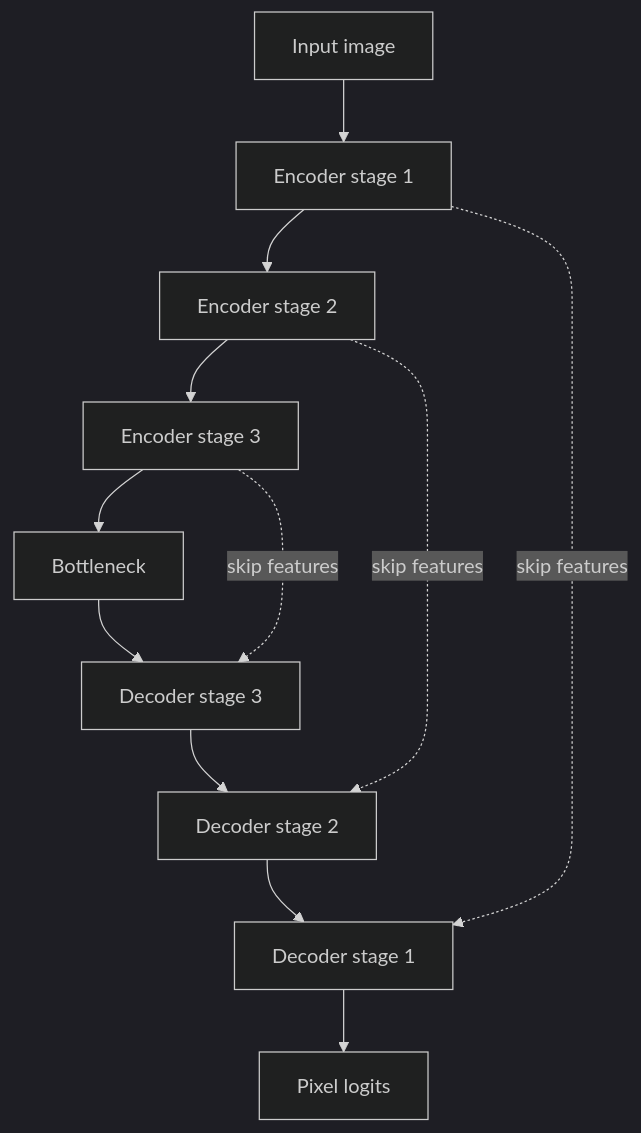
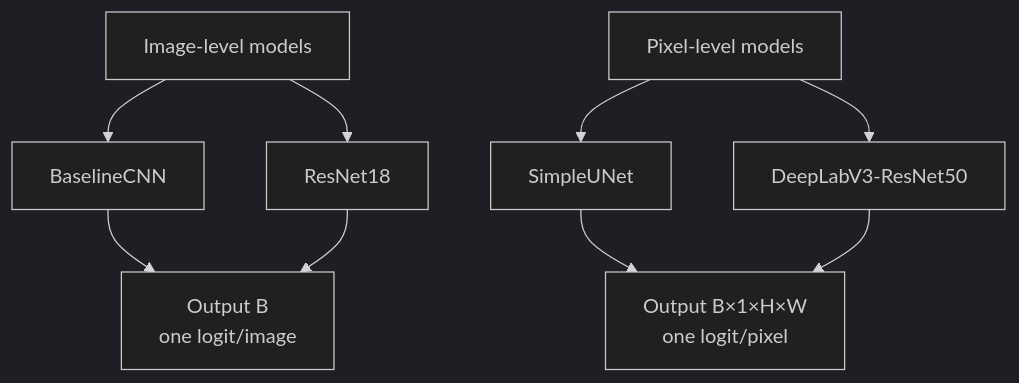
One commit to santiagoAvellaR/industrial-defect-vision changed the eighth of 9 diagrams in docs/learning/deep-learning/architectures/README.md. Above: the diagram before and after it, drawn with Mermaid (dark theme). The commit also changed other lines of this file, not shown here.

Commit message:
docs(learning): expand architecture atlas through DeepLabV3

````diff
--- a/docs/learning/deep-learning/architectures/README.md
+++ b/docs/learning/deep-learning/architectures/README.md
@@ -260,16 +250,12 @@
 ```mermaid
 flowchart TD
-    I[Input image] --> E1[Encoder stage 1]
-    E1 --> E2[Encoder stage 2]
-    E2 --> E3[Encoder stage 3]
-    E3 --> B[Bottleneck]
+    A[Image-level models] --> A1[BaselineCNN]
+    A --> A2[ResNet18]
+    A1 --> AO[Output B<br/>one logit/image]
+    A2 --> AO
 
-    B --> D3[Decoder stage 3]
-    D3 --> D2[Decoder stage 2]
-    D2 --> D1[Decoder stage 1]
-    D1 --> O[Pixel logits]
-
-    E3 -. skip features .-> D3
-    E2 -. skip features .-> D2
-    E1 -. skip features .-> D1
+    B[Pixel-level models] --> B1[SimpleUNet]
+    B --> B2[DeepLabV3-ResNet50]
+    B1 --> BO[Output B×1×H×W<br/>one logit/pixel]
+    B2 --> BO
 ```
````
